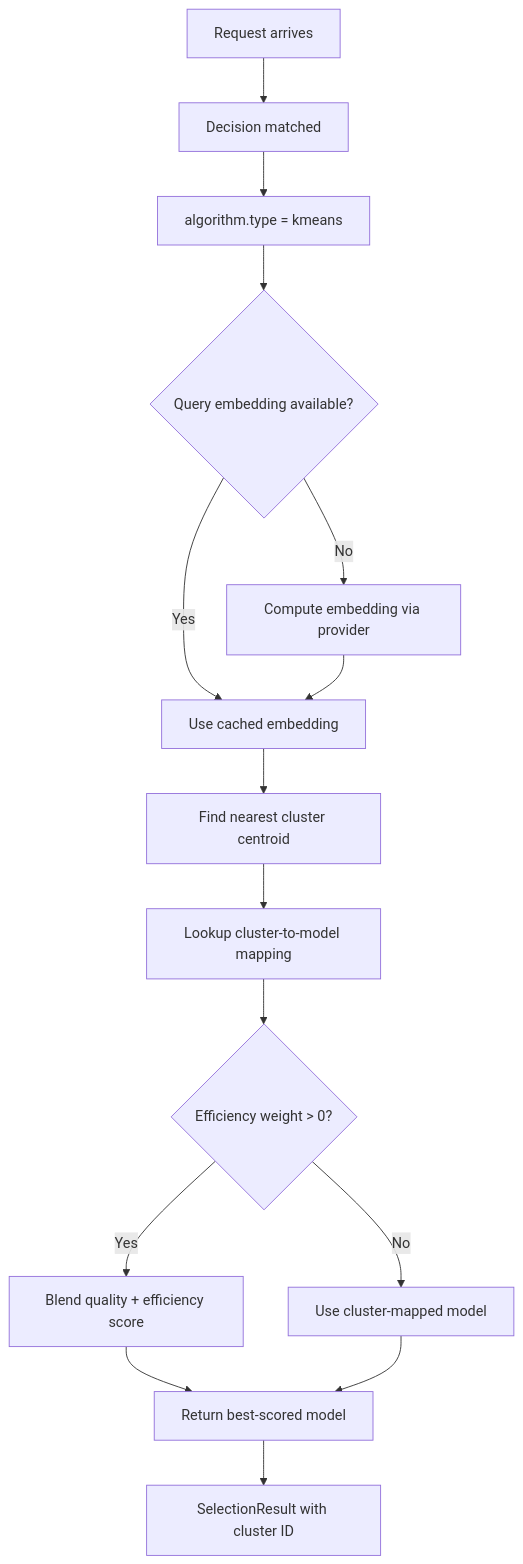
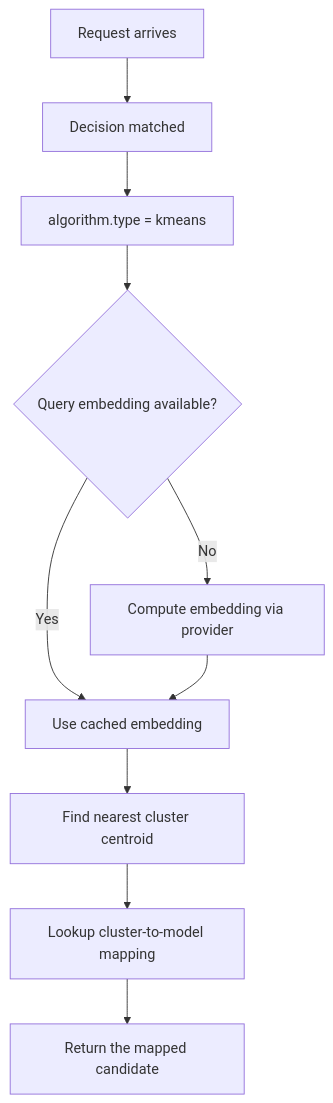
Before and after one commit to vllm-project/semantic-router: the diagram in website/docs/tutorials/algorithm/selection/kmeans.md, drawn with Mermaid. The commit also changed other lines of this file and 1110 other files, not shown here.

````diff
--- a/website/docs/tutorials/algorithm/selection/kmeans.md
+++ b/website/docs/tutorials/algorithm/selection/kmeans.md
@@ -32,17 +28,12 @@
 ```mermaid
 flowchart TD
     A[Request arrives] --> B[Decision matched]
     B --> C[algorithm.type = kmeans]
     C --> D{Query embedding available?}
     D -- Yes --> E[Use cached embedding]
     D -- No --> F[Compute embedding via provider]
     F --> E
     E --> G[Find nearest cluster centroid]
     G --> H[Lookup cluster-to-model mapping]
-    H --> I{Efficiency weight > 0?}
-    I -- Yes --> J[Blend quality + efficiency score]
-    I -- No --> K[Use cluster-mapped model]
-    J --> L[Return best-scored model]
-    K --> L
-    L --> M[SelectionResult with cluster ID]
+    H --> I[Return the mapped candidate]
 ```
````
